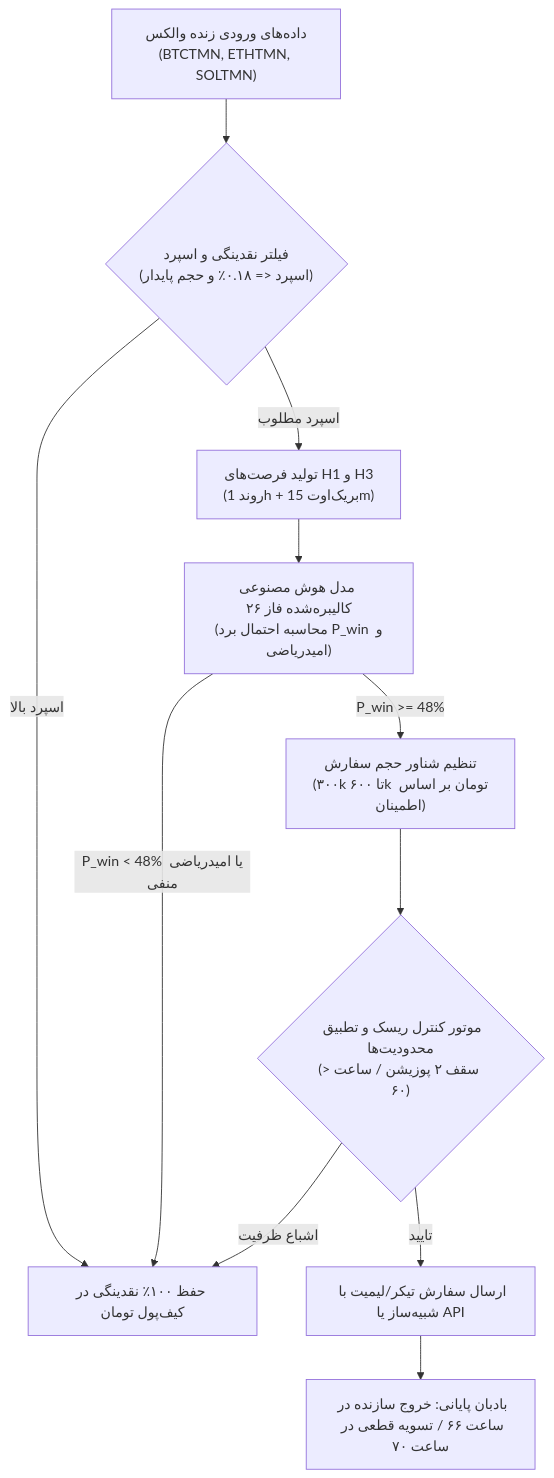
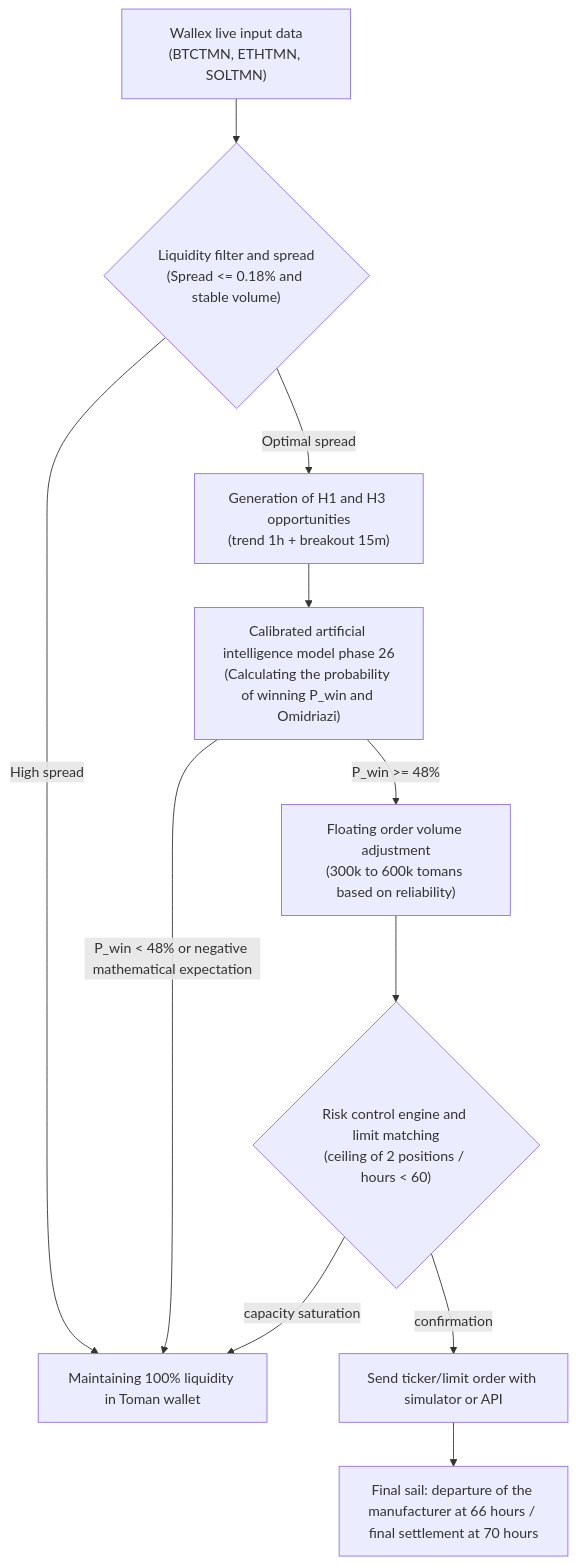
The diagram in docs/PHASE26_FINAL_READINESS_VERDICT.md (AliFazelniya/wallextrade), drawn with Mermaid before and after one commit. The commit also changed other lines of this file and 81 other files, not shown here.

Commit message:
Enhance Wallex API documentation, improve trading algorithms with volatility adjustments, add Kaufman's Efficiency Ratio indicator, and create AI video generation prompts for Starcoach Hackathon.

````diff
--- a/docs/PHASE26_FINAL_READINESS_VERDICT.md
+++ b/docs/PHASE26_FINAL_READINESS_VERDICT.md
@@ -54,13 +54,13 @@
 ```mermaid
 flowchart TD
-    MD["داده‌های ورودی زنده والکس\n(BTCTMN, ETHTMN, SOLTMN)"] --> FILTER{"فیلتر نقدینگی و اسپرد\n(اسپرد <= ۰.۱۸٪ و حجم پایدار)"}
-    FILTER -- "اسپرد بالا" --> CASH["حفظ ۱۰۰٪ نقدینگی در کیف‌پول تومان"]
-    FILTER -- "اسپرد مطلوب" --> GEN["تولید فرصت‌های H1 و H3\n(روند 1h + بریک‌اوت 15m)"]
-    GEN --> AI["مدل هوش مصنوعی کالیبره‌شده فاز ۲۶\n(محاسبه احتمال برد P_win و امیدریاضی)"]
-    AI -- "P_win < 48% یا امیدریاضی منفی" --> CASH
-    AI -- "P_win >= 48%" --> SIZING["تنظیم شناور حجم سفارش\n(۳۰۰k تا ۶۰۰k تومان بر اساس اطمینان)"]
-    SIZING --> RISK{"موتور کنترل ریسک و تطبیق محدودیت‌ها\n(سقف ۲ پوزیشن / ساعت < ۶۰)"}
-    RISK -- "تایید" --> EXEC["ارسال سفارش تیکر/لیمیت با شبیه‌ساز یا API"]
-    RISK -- "اشباع ظرفیت" --> CASH
-    EXEC --> WD["بادبان پایانی: خروج سازنده در ساعت ۶۶ / تسویه قطعی در ساعت ۷۰"]
+    MD["Wallex live input data\n(BTCTMN, ETHTMN, SOLTMN)"] --> FILTER{"Liquidity filter and spread\n(Spread <= 0.18% and stable volume)"}
+    FILTER -- "High spread" --> CASH["Maintaining 100% liquidity in Toman wallet"]
+    FILTER -- "Optimal spread" --> GEN["Generation of H1 and H3 opportunities\n(trend 1h + breakout 15m)"]
+    GEN --> AI["Calibrated artificial intelligence model phase 26\n(Calculating the probability of winning P_win and Omidriazi)"]
+    AI -- "P_win < 48% or negative mathematical expectation" --> CASH
+    AI -- "P_win >= 48%" --> SIZING["Floating order volume adjustment\n(300k to 600k tomans based on reliability)"]
+    SIZING --> RISK{"Risk control engine and limit matching\n(ceiling of 2 positions / hours < 60)"}
+    RISK -- "confirmation" --> EXEC["Send ticker/limit order with simulator or API"]
+    RISK -- "capacity saturation" --> CASH
+    EXEC --> WD["Final sail: departure of the manufacturer at 66 hours / final settlement at 70 hours"]
 ```
````
